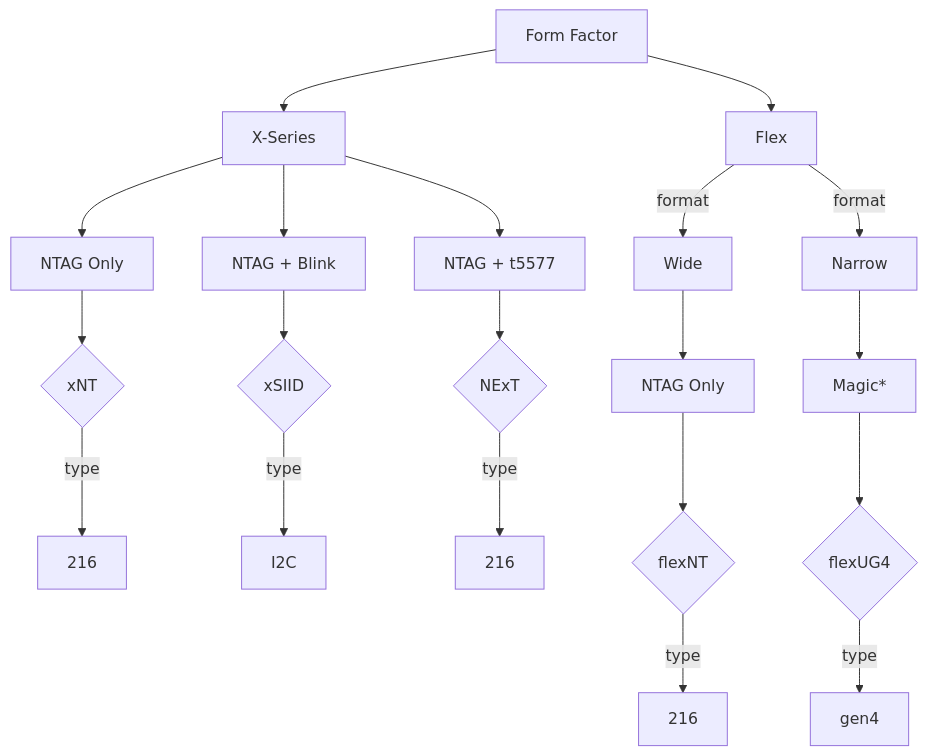
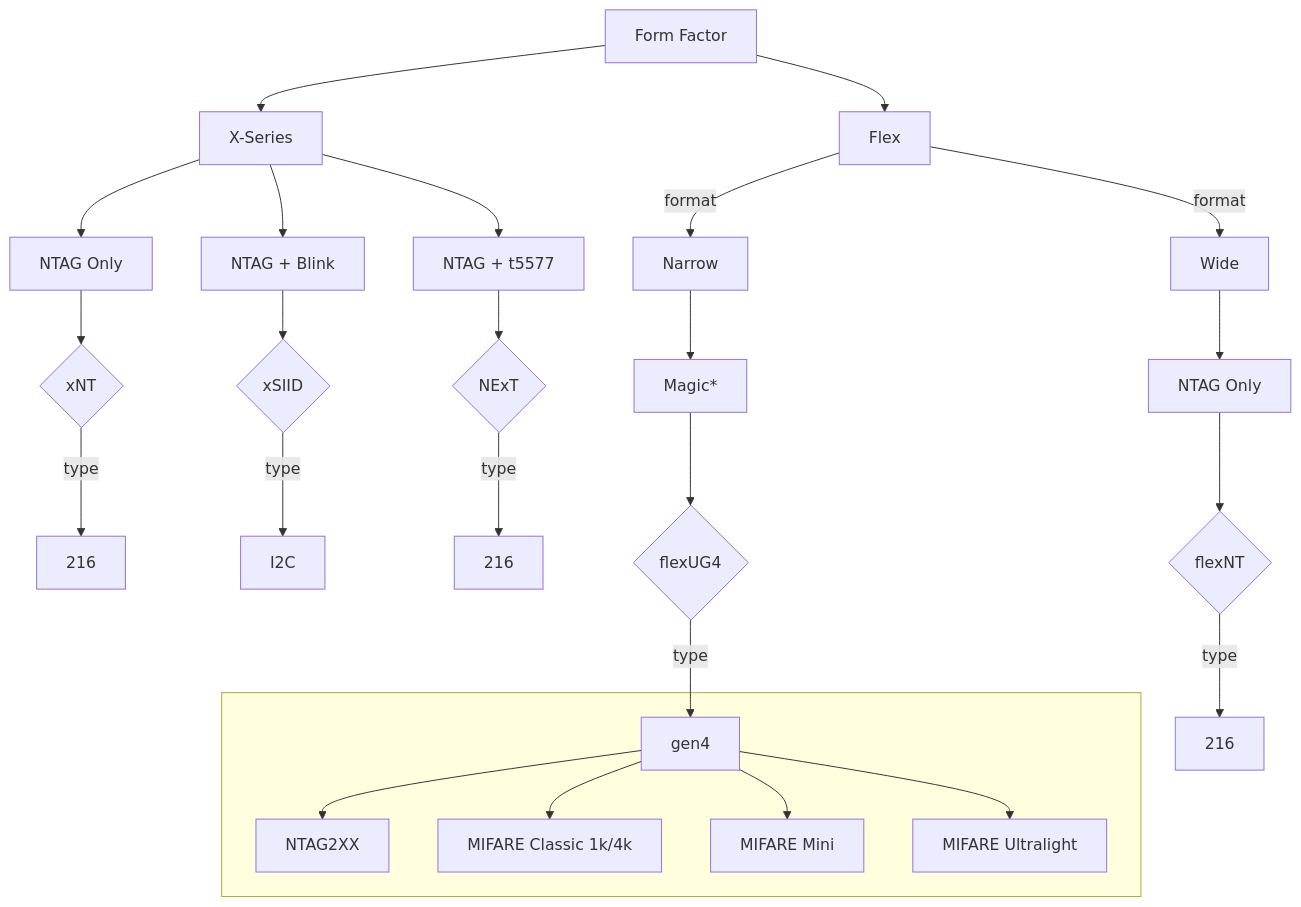
The diagram in NTAG_OPTIONS.md (dangerous-tac0s/pm3_documentation), drawn with Mermaid before and after one commit.

````diff
--- a/NTAG_OPTIONS.md
+++ b/NTAG_OPTIONS.md
@@ -5,19 +5,23 @@
 ```mermaid
   flowchart TD;
       A[Form Factor]--> B[X-Series] & C[Flex];
       B --> B1[NTAG Only] & B2[NTAG + Blink] & B3[NTAG + t5577];
       B1 --> B1.1{xNT};
       B1.1 -- type --> B1.1a[216];
       B2 --> B2.1{xSIID};
       B2.1 -- type --> B2.1a[I2C];
       B3 --> B3.1{NExT};
       B3.1 -- type --> B3.1a[216];
 
       C -- format --> C1[Wide] & C2[Narrow];
       C1 --> C1.1[NTAG Only];
       C1.1 --> C1.1a{flexNT};
       C1.1a -- type --> C1.1a_1[216];
       C2 --> C2.1[Magic*];
       C2.1 --> C2.1a{flexUG4};
       C2.1a -- type --> C2.1a_1[gen4];
+
+      subgraph " "
+      C2.1a_1 --> UG4a[NTAG2XX] & UG4b[MIFARE Classic 1k/4k] & UG4c[MIFARE Mini] & UG4d[MIFARE Ultralight]
+      end
 ```
````
